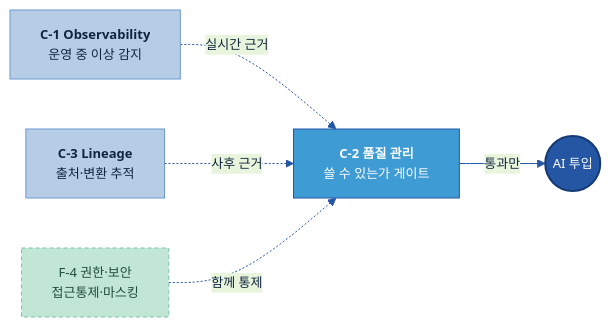
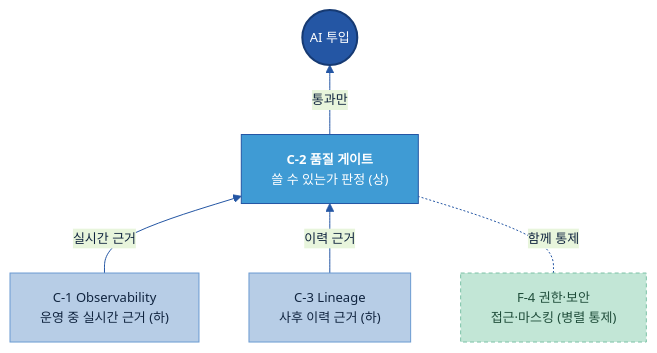
One commit to jin-kearney/ai-ready-data-manual changed the fourth of 7 diagrams in 전체 목차/00 전체 목차 (20개 주제).md. Above: the diagram before and after it, drawn with Mermaid. The commit also changed other lines of this file, not shown here.

````diff
--- a/전체 목차/00 전체 목차 (20개 주제).md
+++ b/전체 목차/00 전체 목차 (20개 주제).md
@@ -120,17 +162,18 @@
 ```mermaid
 %%{init: {'theme':'base','themeVariables':{'primaryColor':'#DCE8F5','primaryBorderColor':'#2456A4','primaryTextColor':'#10243f','lineColor':'#2456A4','fontSize':'13px'}}}%%
-flowchart LR
-    C1["<b>C-1 Observability</b><br/>운영 중 이상 감지"]:::n
-    C3["<b>C-3 Lineage</b><br/>출처·변환 추적"]:::n
-    C2["<b>C-2 품질 관리</b><br/>쓸 수 있는가 게이트"]:::gate
+flowchart BT
+    C1["C-1 Observability<br/>운영 중 실시간 근거 (하)"]:::n
+    C3["C-3 Lineage<br/>사후 이력 근거 (하)"]:::n
+    C2["<b>C-2 품질 게이트</b><br/>쓸 수 있는가 판정 (상)"]:::gate
+    F4["F-4 권한·보안<br/>접근·마스킹 (병렬 통제)"]:::cross
     AI(("AI 투입")):::cat
-    C1 -.실시간 근거.-> C2
-    C3 -.사후 근거.-> C2
+    C1 -->|실시간 근거| C2
+    C3 -->|이력 근거| C2
+    F4 -. 함께 통제 .- C2
     C2 -->|통과만| AI
-    F4["F-4 권한·보안<br/>접근통제·마스킹"]:::cross -.함께 통제.-> C2
 
     classDef n fill:#B7CDE6,stroke:#6B9AD1,color:#10243f;
     classDef gate fill:#3F9BD4,stroke:#2456A4,color:#fff;
     classDef cat fill:#2456A4,color:#fff,stroke:#163a73,stroke-width:2px;
     classDef cross fill:#C2E6D6,stroke:#7CC2A7,color:#1f4d3a,stroke-dasharray:4 3;
 ```
````
